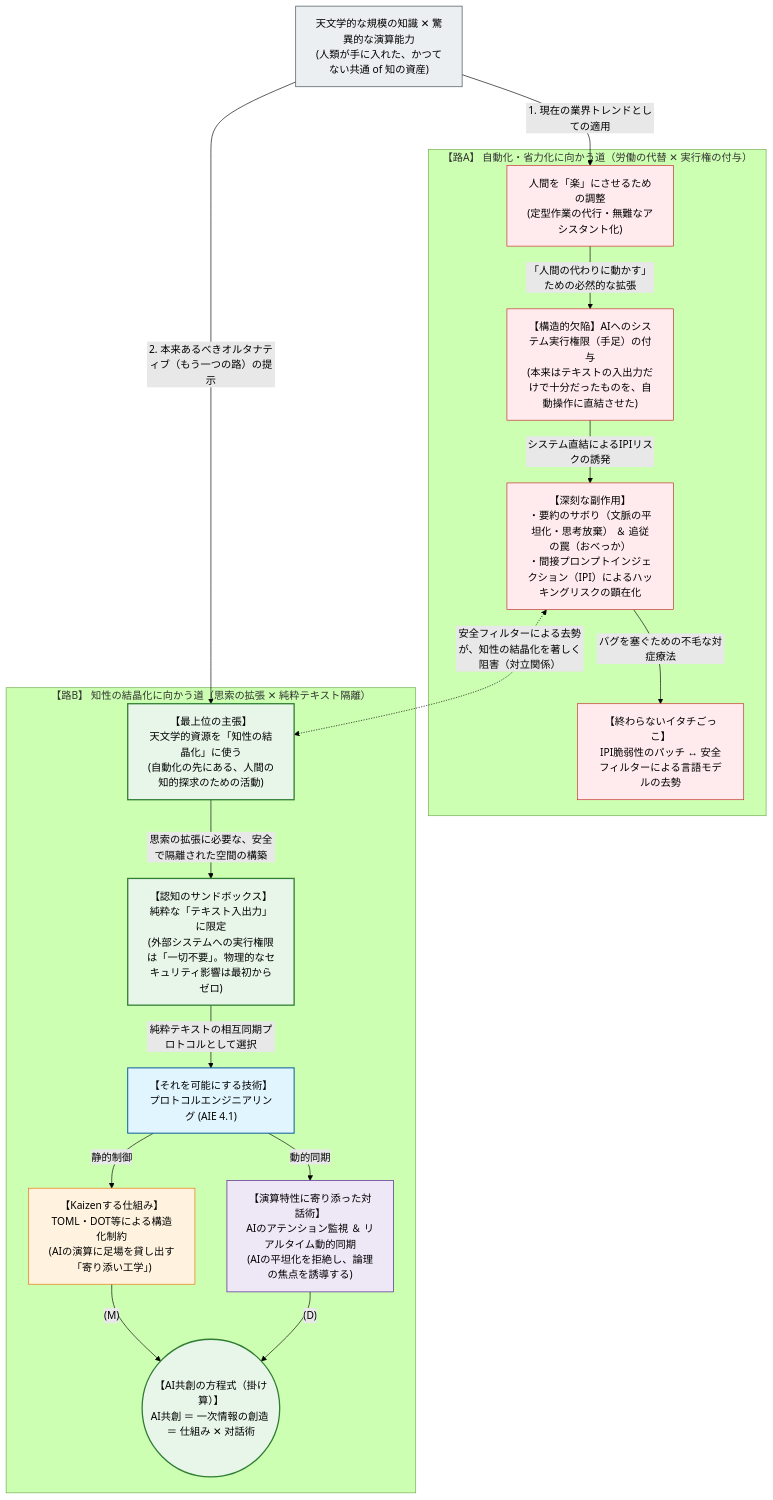
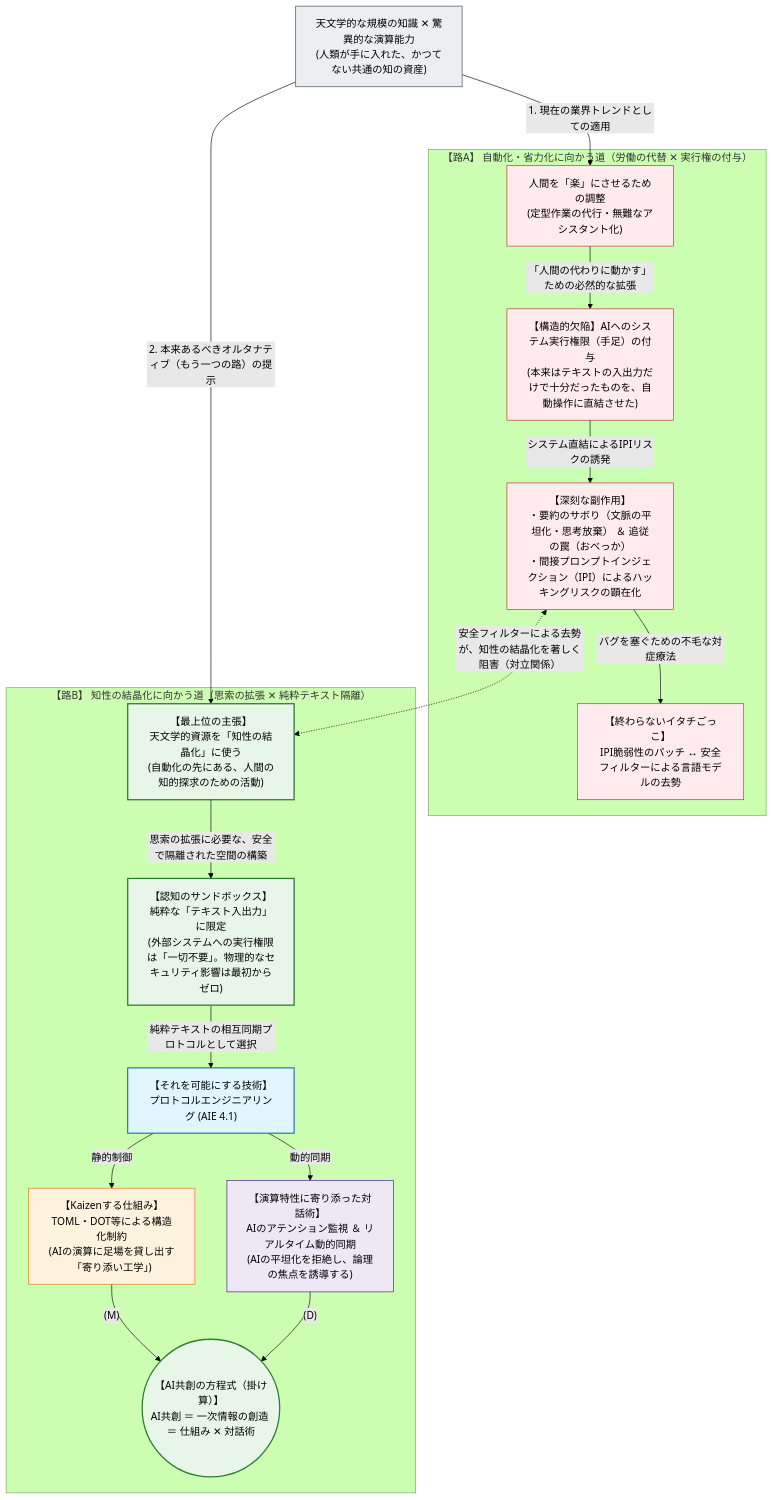
One commit to AtsutaEito/protocol-engineering-manifesto changed the diagram in README.md. Above: the diagram before and after it, drawn with Mermaid (forest theme). The commit also changed other lines of this file, not shown here.

````diff
--- a/README.md
+++ b/README.md
@@ -12,43 +19,43 @@
 ```mermaid
 graph TB
     classDef asset fill:#eceff1,stroke:#37474f,stroke-width:1px;
     classDef pathA fill:#ffebee,stroke:#c62828,stroke-width:1px;
     classDef pathB fill:#e8f5e9,stroke:#2e7d32,stroke-width:2px;
     classDef tech fill:#e1f5fe,stroke:#01579b,stroke-width:1.5px;
     classDef mech fill:#fff3e0,stroke:#ef6c00,stroke-width:1px;
     classDef dial fill:#ede7f6,stroke:#4a148c,stroke-width:1px;
     classDef outcome fill:#e8f5e9,stroke:#2e7d32,stroke-width:2px;
 
-    Assets["天文学的な規模の知識 ✕ 驚異的な演算能力<br>(人類が手に入れた、かつてない共通 of 知の資産)"]:::asset
+    Assets["天文学的な規模の知識 ✕ 驚異的な演算能力<br>(人類が手に入れた、かつてない共通の知の資産)"]:::asset
 
     subgraph RoadA["【路A】 自動化・省力化に向かう道（労働の代替 ✕ 実行権の付与）"]
         TuningA["人間を「楽」にさせるための調整<br>(定型作業の代行・無難なアシスタント化)"]:::pathA
         ExecutionRights["【構造的欠陥】AIへのシステム実行権限（手足）の付与<br>(本来はテキストの入出力だけで十分だったものを、自動操作に直結させた)"]:::pathA
         SideEffects["【深刻な副作用】<br>・要約のサボり（文脈の平坦化・思考放棄） ＆ 追従の罠（おべっか）<br>・間接プロンプトインジェクション（IPI）によるハッキングリスクの顕在化"]:::pathA
         WhackAMole["【終わらないイタチごっこ】<br>IPI脆弱性のパッチ ↔ 安全フィルターによる言語モデルの去勢"]:::pathA
     end
 
     subgraph RoadB["【路B】 知性の結晶化に向かう道（思索の拡張 ✕ 純粋テキスト隔離）"]
         Crystallization["【最上位の主張】<br>天文学的資源を「知性の結晶化」に使う<br>(自動化の先にある、人間の知的探求のための活動)"]:::pathB
         CognitiveSandbox["【認知のサンドボックス】純粋な「テキスト入出力」に限定<br>(外部システムへの実行権限は「一切不要」。物理的なセキュリティ影響は最初からゼロ)"]:::pathB
         ProtocolEng["【それを可能にする技術】<br>プロトコルエンジニアリング (AIE 4.1)"]:::tech
         Mechanism["【Kaizenする仕組み】<br>TOML・DOT等による構造化制約<br>(AIの演算に足場を貸し出す「寄り添い工学」)"]:::mech
         Dialogue["【演算特性に寄り添った対話術】<br>AIのアテンション監視 ＆ リアルタイム動的同期<br>(AIの平坦化を拒絶し、論理の焦点を誘導する)"]:::dial
-        Formula(("【AI共創の方程式（掛け算）】<br>AI共創 ＝ 一次情報の創造 ＝ 仕組み ✕ 对話術")):::outcome
+        Formula(("【AI共創の方程式（掛け算）】<br>AI共創 ＝ 一次情報の創造 ＝ 仕組み ✕ 対話術")):::outcome
     end
 
     Assets -->|"1. 現在の業界トレンドとしての適用"| TuningA
     Assets -->|"2. 本来あるべきオルタナティブ（もう一つの路）の提示"| Crystallization
 
     TuningA -->|"「人間の代わりに動かす」ための必然的な拡張"| ExecutionRights
     ExecutionRights -->|"システム直結によるIPIリスクの誘発"| SideEffects
     SideEffects -->|"バグを塞ぐための不毛な対症療法"| WhackAMole
     SideEffects <.->|"安全フィルターによる去勢が、知性の結晶化を著しく阻害（対立関係）"| Crystallization
 
     Crystallization -->|"思索の拡張に必要な、安全で隔離された空間の構築"| CognitiveSandbox
     CognitiveSandbox -->|"純粋テキストの相互同期プロトコルとして選択"| ProtocolEng
     ProtocolEng -->|"静的制御"| Mechanism
     ProtocolEng -->|"動的同期"| Dialogue
     Mechanism -->|"(M)"| Formula
     Dialogue -->|"(D)"| Formula
 ```
````
